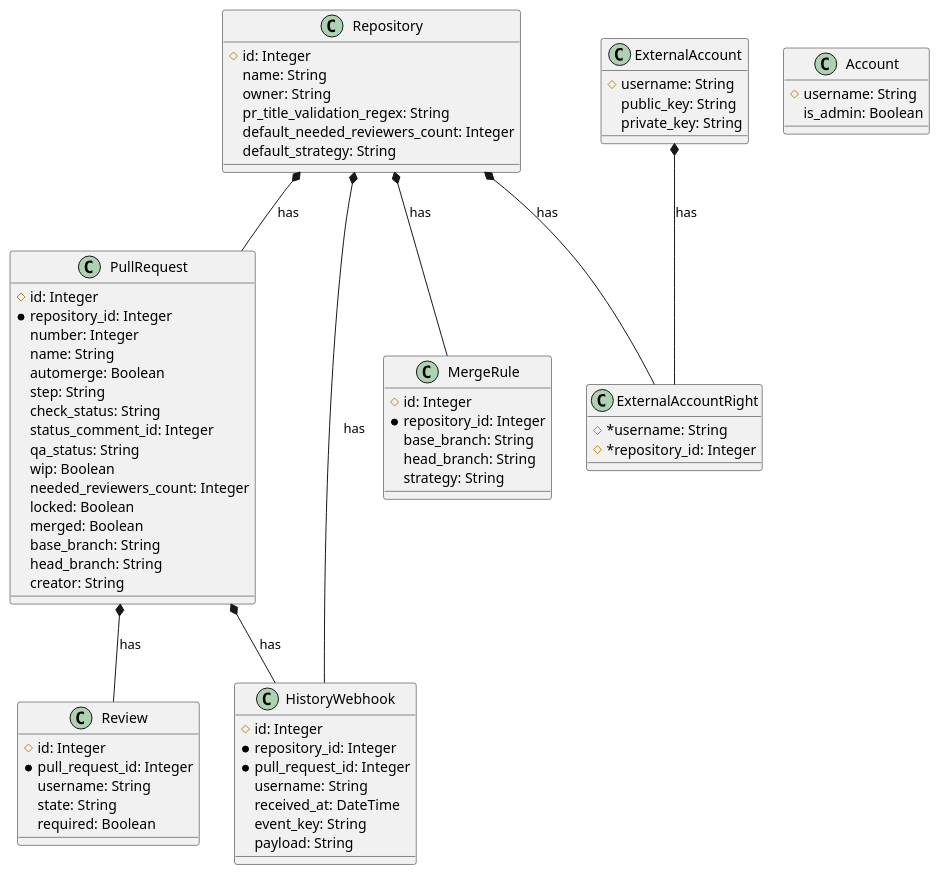
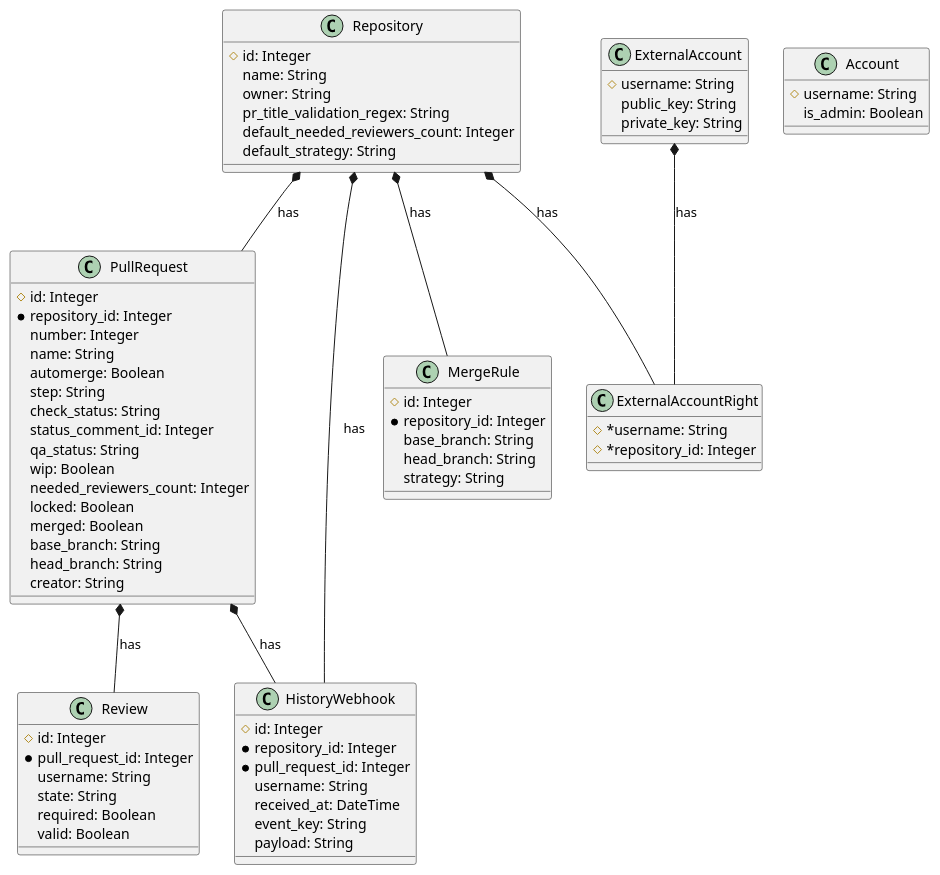
Before and after one commit to sharingcloud/github-scbot: the diagram in docs/schema.plantuml, drawn with PlantUML. The commit also changed 21 other files, not shown here.

```diff
--- a/docs/schema.plantuml
+++ b/docs/schema.plantuml
@@ -1,75 +1,76 @@
 @startuml Schema
 class Repository {
     #id: Integer
     name: String
     owner: String
     pr_title_validation_regex: String
     default_needed_reviewers_count: Integer
     default_strategy: String
 }
 class PullRequest {
     #id: Integer
     *repository_id: Integer
     number: Integer
     name: String
     automerge: Boolean
     step: String
     check_status: String
     status_comment_id: Integer
     qa_status: String
     wip: Boolean
     needed_reviewers_count: Integer
     locked: Boolean
     merged: Boolean
     base_branch: String
     head_branch: String
     creator: String
 }
 class Review {
     #id: Integer
     *pull_request_id: Integer
     username: String
     state: String
     required: Boolean
+    valid: Boolean
 }
 class MergeRule {
     #id: Integer
     *repository_id: Integer
     base_branch: String
     head_branch: String
     strategy: String
 }
 
 class ExternalAccount {
     #username: String
     public_key: String
     private_key: String
 }
 class ExternalAccountRight {
     #*username: String
     #*repository_id: Integer
 }
 
 class Account {
     #username: String
     is_admin: Boolean
 }
 
 class HistoryWebhook {
     #id: Integer
     *repository_id: Integer
     *pull_request_id: Integer
     username: String
     received_at: DateTime
     event_key: String
     payload: String
 }
 
 Repository *-- PullRequest : has
 Repository *-- MergeRule : has
 PullRequest *-- Review : has
 ExternalAccount *-- ExternalAccountRight : has
 Repository *-- ExternalAccountRight : has
 Repository *-- HistoryWebhook : has
 PullRequest *-- HistoryWebhook : has
 @enduml
```
